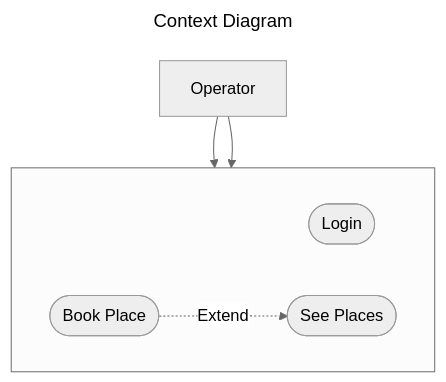
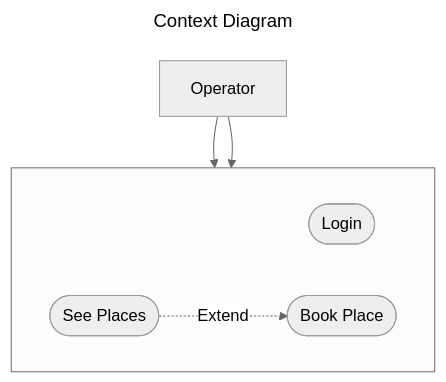
One commit to Kuziomkin/diagrams changed the third of 3 diagrams in mermaid_elements.md. Above: the diagram before and after it, drawn with Mermaid.

````diff
--- a/mermaid_elements.md
+++ b/mermaid_elements.md
@@ -50,24 +50,24 @@
 ```mermaid
 ---
 title: Context Diagram
 config:
   layout: dagre
   look: classic
   theme: neutral
 ---
     flowchart TD
         %% define components
         O[Operator]
 
         subgraph " "
             direction LR
             L([Login])
             G([See Places])
             B([Book Place])
         end
 
         %% define relationships
         O --> L
         O --> G
-        B -.Extend.-> G
+        G -.Extend.-> B
 ```
````
